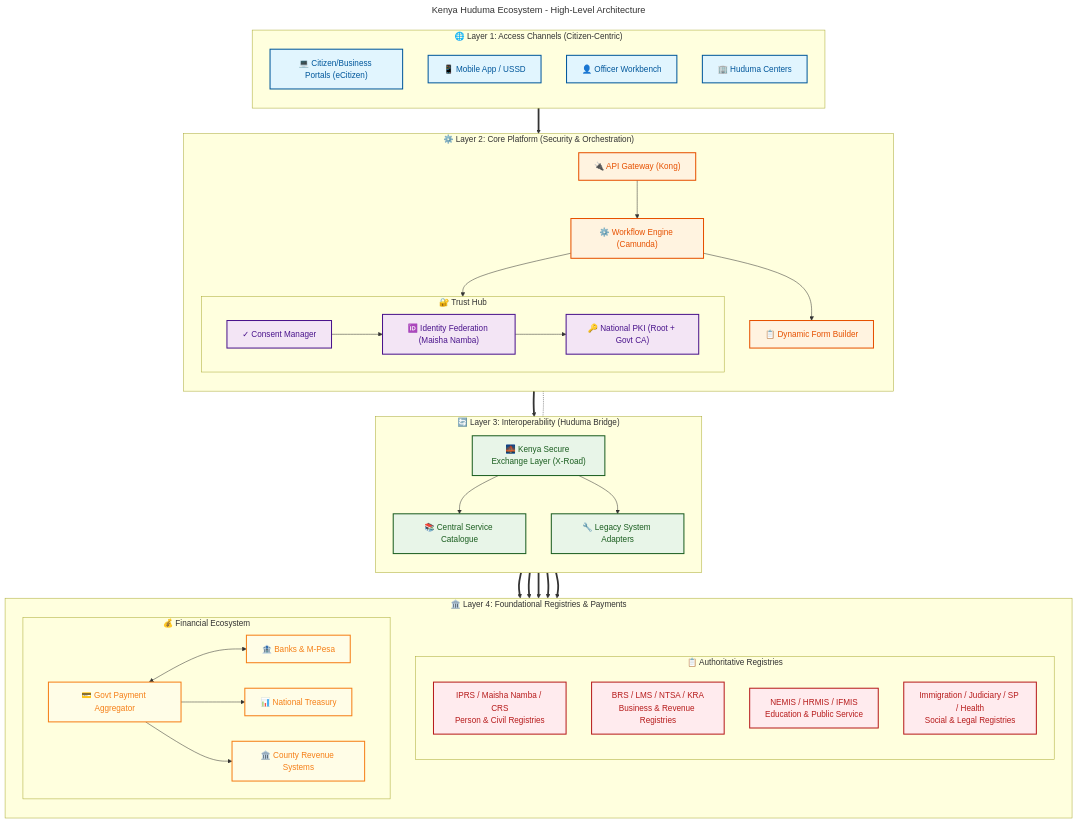
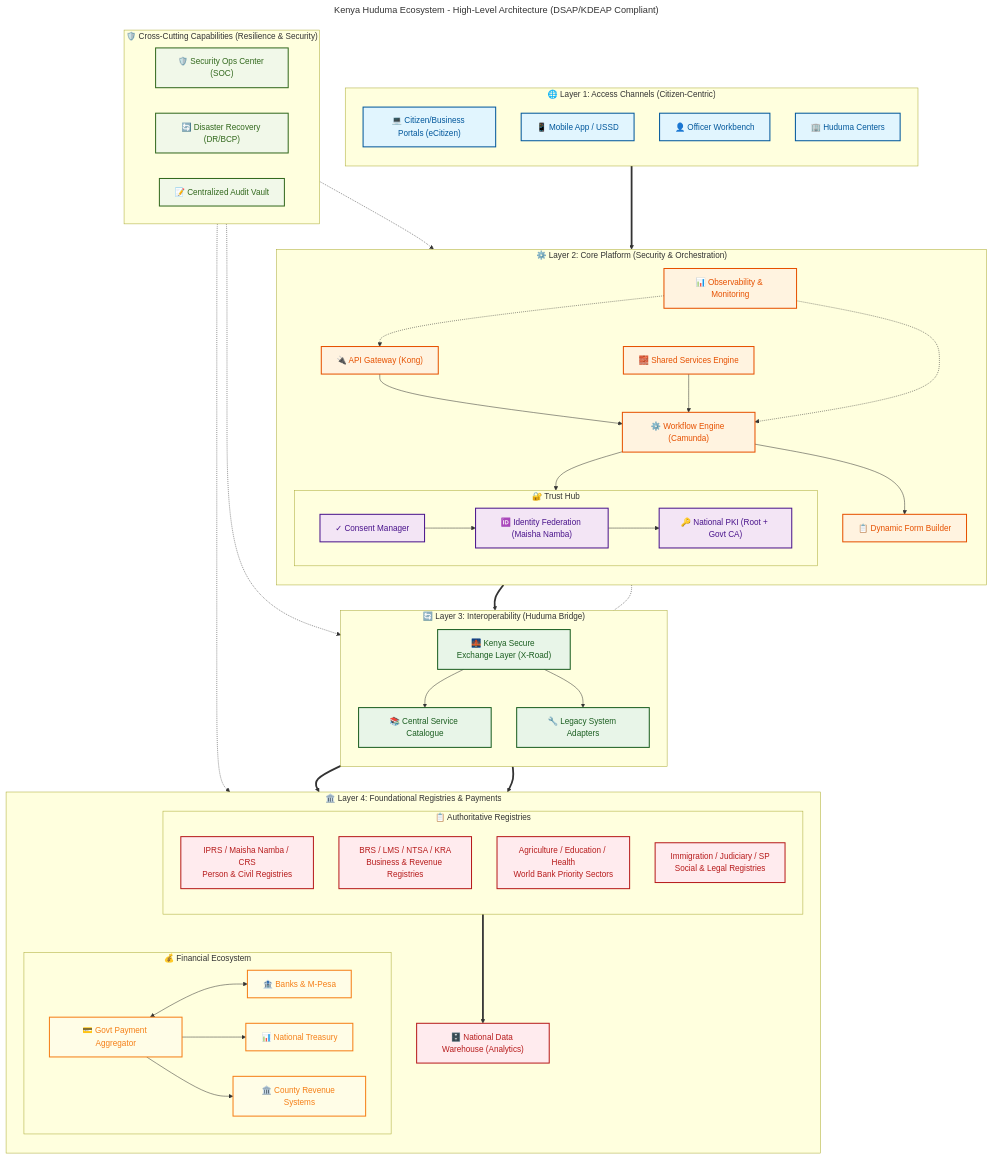
Before and after one commit to BITZ-IT-Consulting-LTD/ictapoc: the first of 2 diagrams in docs/architecture/architecture_three.md, drawn with Mermaid. The commit also changed other lines of this file and 109 other files, not shown here.

````diff
--- a/docs/architecture/architecture_three.md
+++ b/docs/architecture/architecture_three.md
@@ -5,6 +5,6 @@
 ```mermaid
 ---
-title: Kenya Huduma Ecosystem - High-Level Architecture
+title: Kenya Huduma Ecosystem - High-Level Architecture (DSAP/KDEAP Compliant)
 ---
 graph TD
     %% Styling
@@ -14,6 +14,7 @@
     classDef bridge fill:#e8f5e8,stroke:#1b5e20,stroke-width:2px,color:#1b5e20
     classDef registry fill:#ffebee,stroke:#b71c1c,stroke-width:2px,color:#b71c1c
     classDef payment fill:#fffde7,stroke:#f57f17,stroke-width:2px,color:#f57f17
+    classDef cross fill:#f1f8e9,stroke:#33691e,stroke-width:2px,color:#33691e
 
     %% Layer 1: Access Channels
     subgraph Layer1["🌐 Layer 1: Access Channels (Citizen-Centric)"]
@@ -31,6 +32,8 @@
         AG["🔌 API Gateway (Kong)"]:::core
         WE["⚙️ Workflow Engine (Camunda)"]:::core
         FS["📋 Dynamic Form Builder"]:::core
+        OBS["📊 Observability & Monitoring"]:::core
+        SSE["🧱 Shared Services Engine"]:::core
         
         subgraph TrustHub["🔐 Trust Hub"]
             direction LR
@@ -45,6 +48,9 @@
         WE --> CM
         CM --> IDP
         IDP --> NPKI
+        SSE --> WE
+        OBS -.-> AG
+        OBS -.-> WE
     end
 
     %% Layer 3: Interoperability
@@ -58,7 +64,7 @@
         KeSEL --> Adapters
     end
 
-    %% Layer 4: Registries & Payments
+    %% Layer 4: Registries & Data Analytics
     subgraph Layer4["🏛️ Layer 4: Foundational Registries & Payments"]
         direction TB
         
@@ -66,9 +72,11 @@
             direction TB
             R1[IPRS / Maisha Namba / CRS<br/>Person & Civil Registries]:::registry
             R2[BRS / LMS / NTSA / KRA<br/>Business & Revenue Registries]:::registry
-            R3[NEMIS / HRMIS / IFMIS<br/>Education & Public Service]:::registry
-            R4[Immigration / Judiciary / SP / Health<br/>Social & Legal Registries]:::registry
+            R_SEC[Agriculture / Education / Health<br/>World Bank Priority Sectors]:::registry
+            R4[Immigration / Judiciary / SP<br/>Social & Legal Registries]:::registry
         end
+        
+        NDW["🗄️ National Data Warehouse (Analytics)"]:::registry
         
         subgraph Payments["💰 Financial Ecosystem"]
             direction LR
@@ -84,17 +92,28 @@
         GPA --> Counties
     end
 
+    %% Cross-Cutting Layer
+    subgraph CrossLayer["🛡️ Cross-Cutting Capabilities (Resilience & Security)"]
+        direction LR
+        SOC["🛡️ Security Ops Center (SOC)"]:::cross
+        DR["🔄 Disaster Recovery (DR/BCP)"]:::cross
+        AUD["📝 Centralized Audit Vault"]:::cross
+    end
+
     %% Main Flow - Top to Bottom
     Layer1 ==> AG
     
     WE ==> KeSEL
     
-    KeSEL ==> R1
-    KeSEL ==> R2
-    KeSEL ==> R3
-    KeSEL ==> R4
+    KeSEL ==> Registries
     KeSEL ==> GPA
+    Registries ==> NDW
 
-    %% Connect Trust Hub to Layer 3 (showing it's part of Layer 2 but feeds into bridge)
+    %% Connect Trust Hub to Layer 3
     TrustHub -.- KeSEL
+    
+    %% Resilience links
+    CrossLayer -.-> Layer2
+    CrossLayer -.-> Layer3
+    CrossLayer -.-> Layer4
 ```
````
